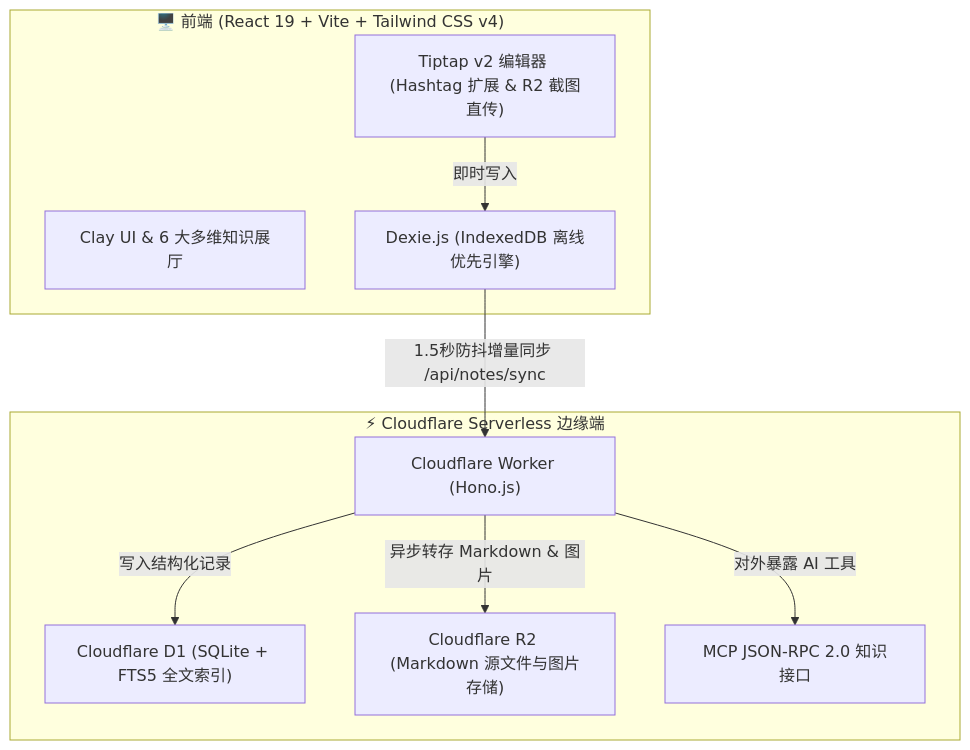
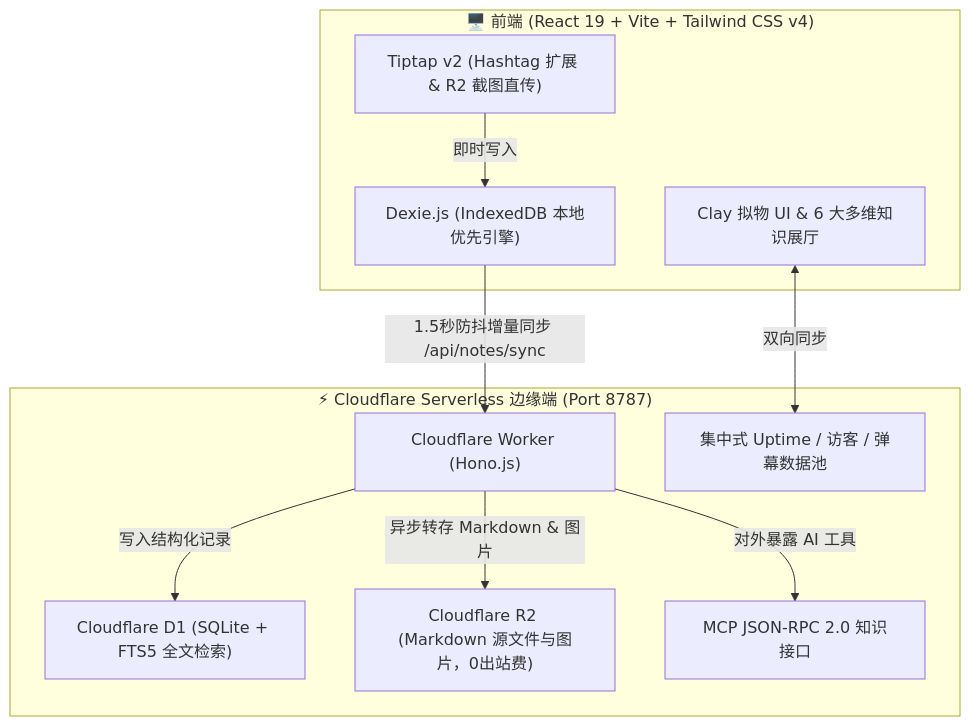
One commit to SaulGoodManC99/TagMesh changed the diagram in README_CN.md. Above: the diagram before and after it, drawn with Mermaid. The commit also changed other lines of this file and 3 other files, not shown here.

````diff
--- a/README_CN.md
+++ b/README_CN.md
@@ -91,21 +164,23 @@
 ```mermaid
 graph TD
     subgraph Client["🖥️ 前端 (React 19 + Vite + Tailwind CSS v4)"]
-        UI["Clay UI & 6 大多维知识展厅"]
-        Editor["Tiptap v2 编辑器 (Hashtag 扩展 & R2 截图直传)"]
-        LocalDB["Dexie.js (IndexedDB 离线优先引擎)"]
+        UI["Clay 拟物 UI & 6 大多维知识展厅"]
+        Editor["Tiptap v2 (Hashtag 扩展 & R2 截图直传)"]
+        LocalDB["Dexie.js (IndexedDB 本地优先引擎)"]
     end
 
-    subgraph Edge["⚡ Cloudflare Serverless 边缘端"]
+    subgraph Edge["⚡ Cloudflare Serverless 边缘端 (Port 8787)"]
         Worker["Cloudflare Worker (Hono.js)"]
-        D1["Cloudflare D1 (SQLite + FTS5 全文索引)"]
-        R2["Cloudflare R2 (Markdown 源文件与图片存储)"]
+        D1["Cloudflare D1 (SQLite + FTS5 全文检索)"]
+        R2["Cloudflare R2 (Markdown 源文件与图片，0出站费)"]
         MCP["MCP JSON-RPC 2.0 知识接口"]
+        Telemetry["集中式 Uptime / 访客 / 弹幕数据池"]
     end
 
     Editor -->|即时写入| LocalDB
     LocalDB -->|1.5秒防抖增量同步 /api/notes/sync| Worker
     Worker -->|写入结构化记录| D1
     Worker -->|异步转存 Markdown & 图片| R2
     Worker -->|对外暴露 AI 工具| MCP
+    UI <-->|双向同步| Telemetry
 ```
````
